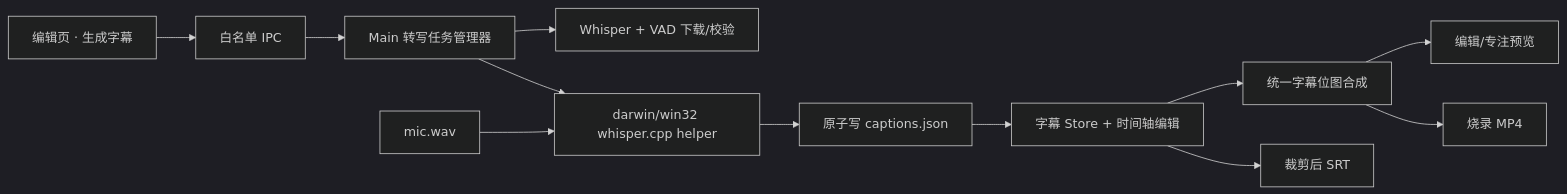
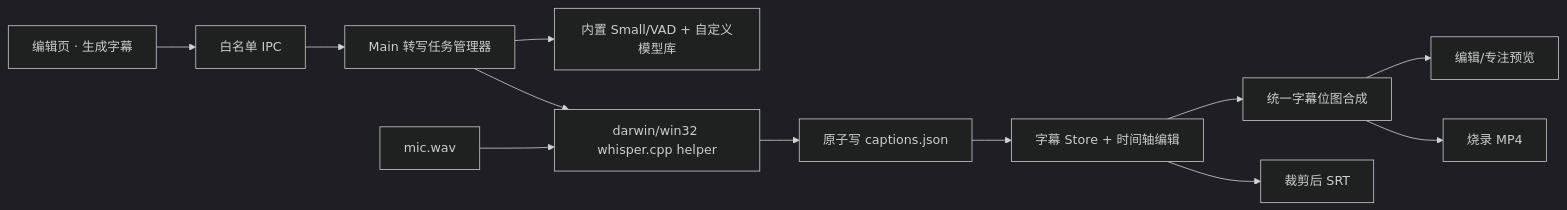
One commit to tianyu0919/screen-recorder changed the diagram in sdd/specs/screen-recorder/krs/kr-06-captions/changes/post-recording-captions/design.md. Above: the diagram before and after it, drawn with Mermaid (dark theme). The commit also changed other lines of this file and 31 other files, not shown here.

Commit message:
feat(captions): bundle Whisper Small and VAD models, support custom model import

````diff
--- a/sdd/specs/screen-recorder/krs/kr-06-captions/changes/post-recording-captions/design.md
+++ b/sdd/specs/screen-recorder/krs/kr-06-captions/changes/post-recording-captions/design.md
@@ -5,14 +5,14 @@
 ```mermaid
 flowchart LR
   Editor[编辑页 · 生成字幕] --> IPC[白名单 IPC]
   IPC --> Jobs[Main 转写任务管理器]
-  Jobs --> Model[Whisper + VAD 下载/校验]
+  Jobs --> Model[内置 Small/VAD + 自定义模型库]
   Jobs --> Helper[darwin/win32 whisper.cpp helper]
   WAV[mic.wav] --> Helper
   Helper --> Atomic[原子写 captions.json]
   Atomic --> Store[字幕 Store + 时间轴编辑]
   Store --> Render[统一字幕位图合成]
   Render --> Preview[编辑/专注预览]
   Render --> MP4[烧录 MP4]
   Store --> SRT[裁剪后 SRT]
 ```
````
